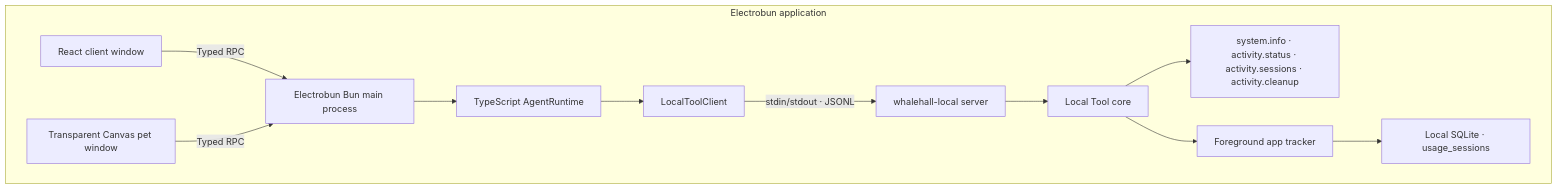
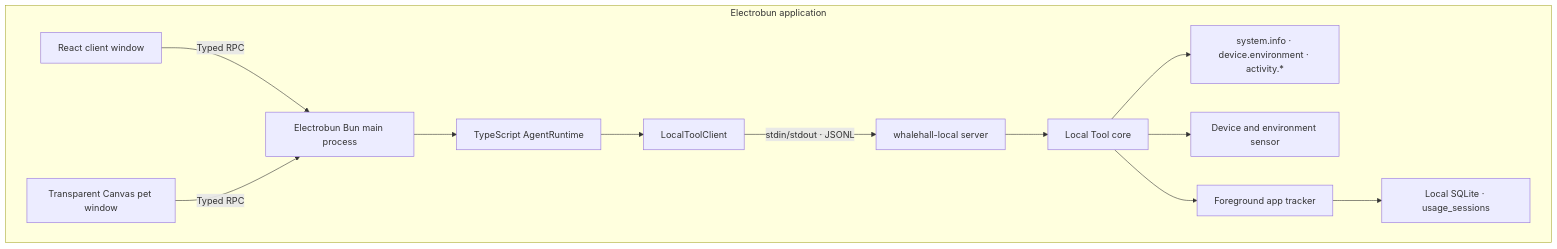
Before and after one commit to Sea-Go/Sea-WhaleHall: the diagram in README.md, drawn with Mermaid. The commit also changed other lines of this file and 2 other files, not shown here.

Commit message:
docs(sensors): document device and CI contracts

````diff
--- a/README.md
+++ b/README.md
@@ -11,14 +11,15 @@
 ```mermaid
 flowchart TB
   subgraph App["Electrobun application"]
     Client["React client window"] -->|"Typed RPC"| Bun["Electrobun Bun main process"]
     Pet["Transparent Canvas pet window"] -->|"Typed RPC"| Bun
     Bun --> Agent["TypeScript AgentRuntime"]
     Agent --> LocalClient["LocalToolClient"]
     LocalClient -->|"stdin/stdout · JSONL"| Server["whalehall-local server"]
     Server --> Core["Local Tool core"]
-    Core --> Tools["system.info · activity.status · activity.sessions · activity.cleanup"]
+    Core --> Tools["system.info · device.environment · activity.*"]
+    Core --> DeviceSensor["Device and environment sensor"]
     Core --> Tracker["Foreground app tracker"]
     Tracker --> SQLite["Local SQLite · usage_sessions"]
   end
 ```
````
